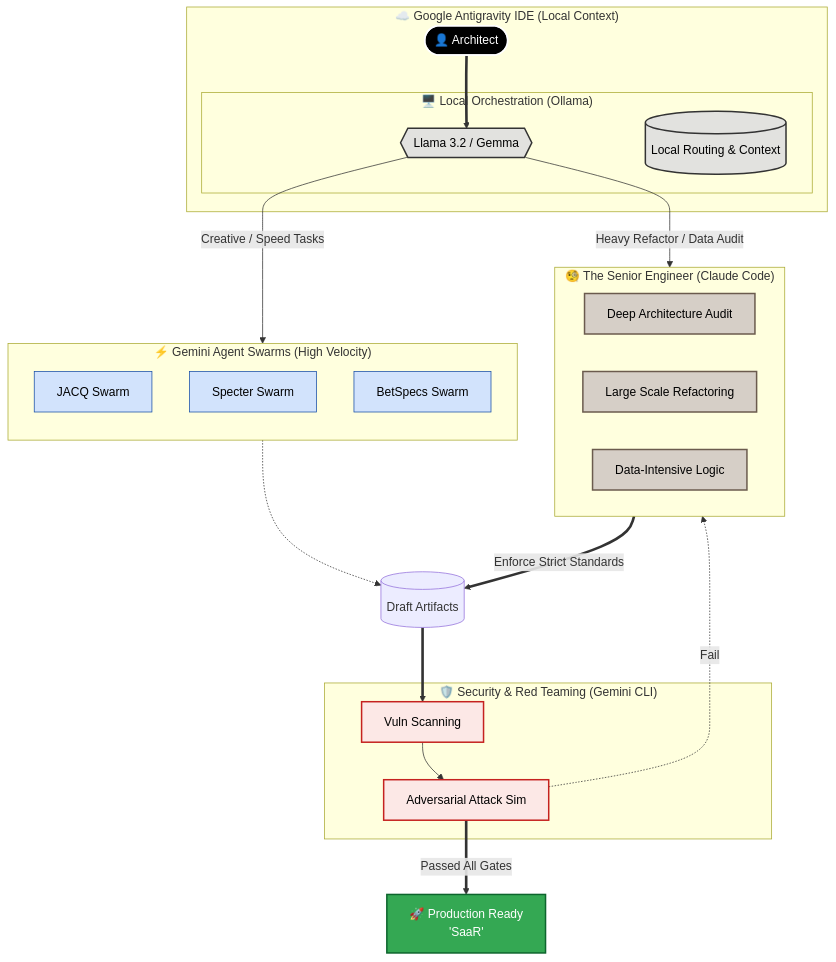
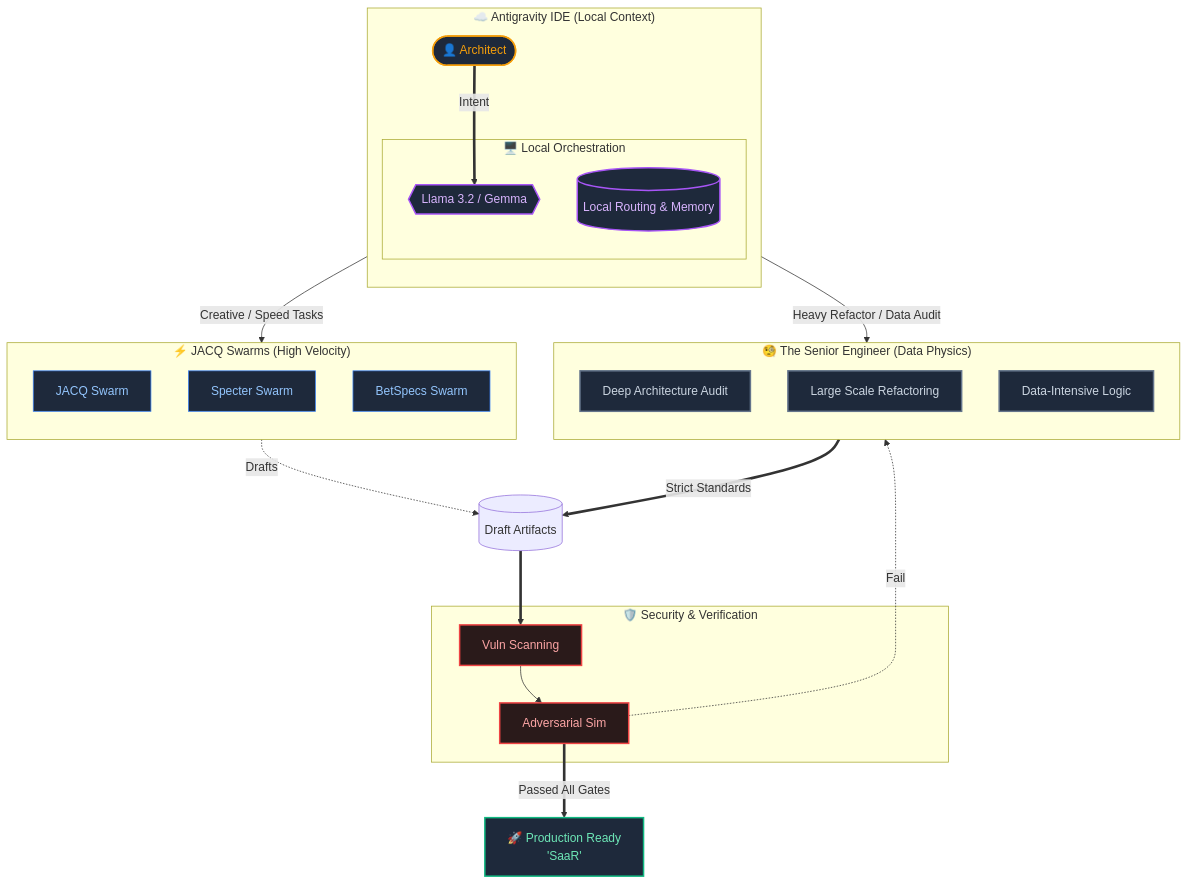
The diagram in README.md (shifujosh/shifujosh), drawn with Mermaid before and after one commit.

Commit message:
feat: Update portfolio assets (AI-Native Architect Revamp)

`````diff
--- a/README.md
+++ b/README.md
@@ -16,59 +16,60 @@
 ```mermaid
 graph TD
-    %% --- Styling ---
-    classDef human fill:#000,stroke:#fff,stroke-width:2px,color:#fff;
-    classDef local fill:#e2e2df,stroke:#333,stroke-width:2px,color:#000;
-    classDef senior fill:#d6cfc7,stroke:#6b5b4e,stroke-width:2px,color:#000;
-    classDef swarm fill:#d2e3fc,stroke:#174ea6,stroke-width:1px,color:#000;
-    classDef security fill:#fce8e6,stroke:#c5221f,stroke-width:2px,color:#000;
-    classDef output fill:#34a853,stroke:#0d652d,stroke-width:2px,color:#fff;
+    %% --- Styling (Dark Mode Native) ---
+    classDef human fill:#1e293b,stroke:#f59e0b,stroke-width:2px,color:#f59e0b;
+    classDef local fill:#1e293b,stroke:#a855f7,stroke-width:2px,color:#d8b4fe;
+    classDef senior fill:#1e293b,stroke:#64748b,stroke-width:2px,color:#cbd5e1;
+    classDef swarm fill:#1e293b,stroke:#3b82f6,stroke-width:1px,color:#93c5fd;
+    classDef security fill:#2a1a1a,stroke:#ef4444,stroke-width:2px,color:#fca5a5;
+    classDef output fill:#1e293b,stroke:#10b981,stroke-width:2px,color:#6ee7b7;
 
     %% --- IDE Context ---
-    subgraph IDE_Context ["☁️ Google Antigravity IDE (Local Context)"]
+    subgraph IDE_Context ["☁️ Antigravity IDE (Local Context)"]
+        direction TB
         Human([👤 Architect]):::human
         
-        subgraph Local_Brain ["🖥️ Local Orchestration (Ollama)"]
+        subgraph Local_Brain ["🖥️ Local Orchestration"]
             Router{{"Llama 3.2 / Gemma"}}:::local
-            Note1[("Local Routing & Context")]:::local
+            Context[("Local Routing & Memory")]:::local
         end
 
-        Human ==> Router
+        Human ==>|Intent| Router
     end
 
     %% --- Task Delegation ---
     Router -->|Creative / Speed Tasks| Swarms
     Router -->|Heavy Refactor / Data Audit| Senior_Eng
 
     %% --- The Creative Layer ---
-    subgraph Swarms ["⚡ Gemini Agent Swarms (High Velocity)"]
+    subgraph Swarms ["⚡ JACQ Swarms (High Velocity)"]
         direction TB
         JACQ_Ag[JACQ Swarm]:::swarm
         Spec_Ag[Specter Swarm]:::swarm
         Bet_Ag[BetSpecs Swarm]:::swarm
     end
 
     %% --- The Senior Engineer Layer ---
-    subgraph Senior_Eng ["🧐 The Senior Engineer (Claude Code)"]
+    subgraph Senior_Eng ["🧐 The Senior Engineer (Data Physics)"]
+        direction TB
         Deep_Audit[Deep Architecture Audit]:::senior
         Refactor[Large Scale Refactoring]:::senior
         Data_Pipe[Data-Intensive Logic]:::senior
     end
 
     %% --- Convergence ---
-    Swarms -.-> Draft_Code[("Draft Artifacts")]
-    Senior_Eng ==>|Enforce Strict Standards| Draft_Code
+    Swarms -.->|Drafts| Draft_Code[("Draft Artifacts")]
+    Senior_Eng ==>|Strict Standards| Draft_Code
 
     %% --- The Security Gauntlet ---
-    subgraph Security_Layer ["🛡️ Security & Red Teaming (Gemini CLI)"]
+    subgraph Security_Layer ["🛡️ Security & Verification"]
         SecOps[Vuln Scanning]:::security
-        RedTeam[Adversarial Attack Sim]:::security
+        RedTeam[Adversarial Sim]:::security
     end
 
     Draft_Code ==> SecOps
     SecOps --> RedTeam
 
     %% --- Final Output ---
     RedTeam ==>|Passed All Gates| Production[🚀 Production Ready\n'SaaR']:::output
     RedTeam -.->|Fail| Senior_Eng
-
-```
+````
`````
